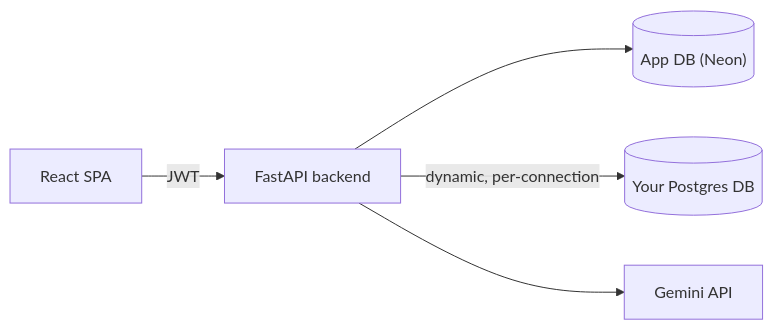
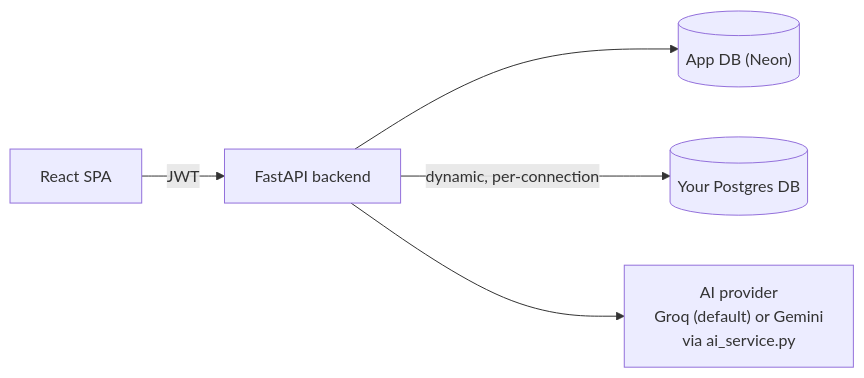
One commit to yamiamit/AISqlAssistant changed the diagram in README.md. Above: the diagram before and after it, drawn with Mermaid. The commit also changed other lines of this file and 2 other files, not shown here.

````diff
--- a/README.md
+++ b/README.md
@@ -71,7 +71,7 @@
 ```mermaid
 flowchart LR
     FE["React SPA"] -- "JWT" --> API["FastAPI backend"]
     API --> AppDB[("App DB (Neon)")]
     API -- "dynamic, per-connection" --> TargetDB[("Your Postgres DB")]
-    API --> Gemini["Gemini API"]
+    API --> AI["AI provider<br/>Groq (default) or Gemini<br/>via ai_service.py"]
 ```
````
